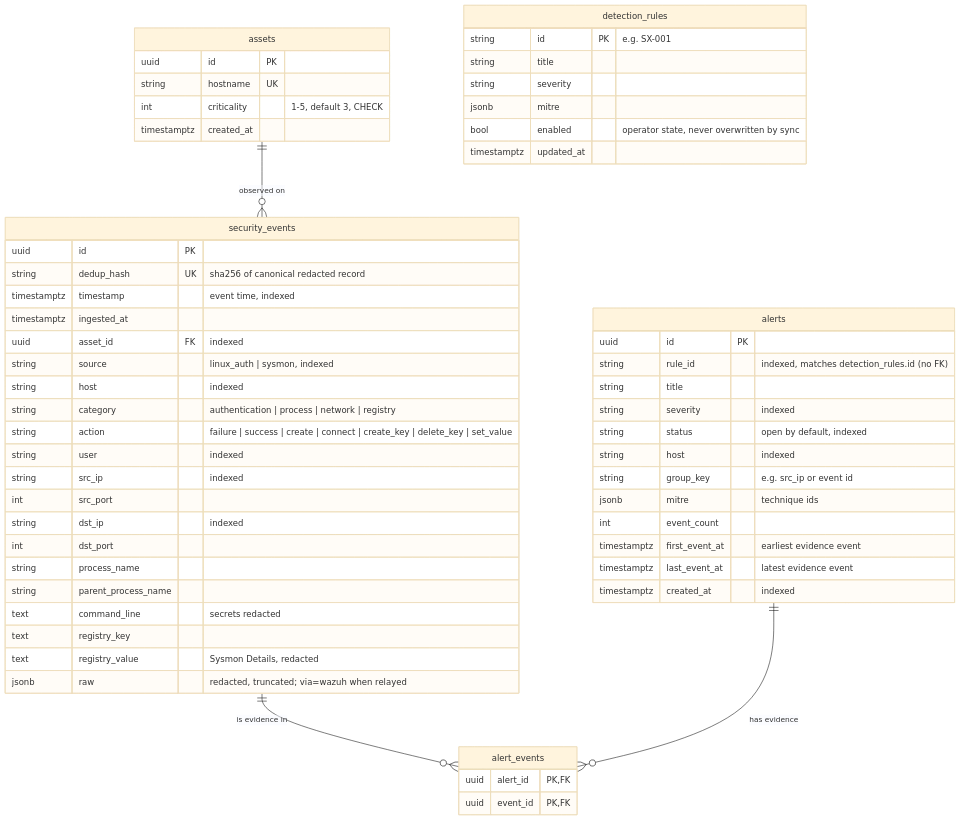
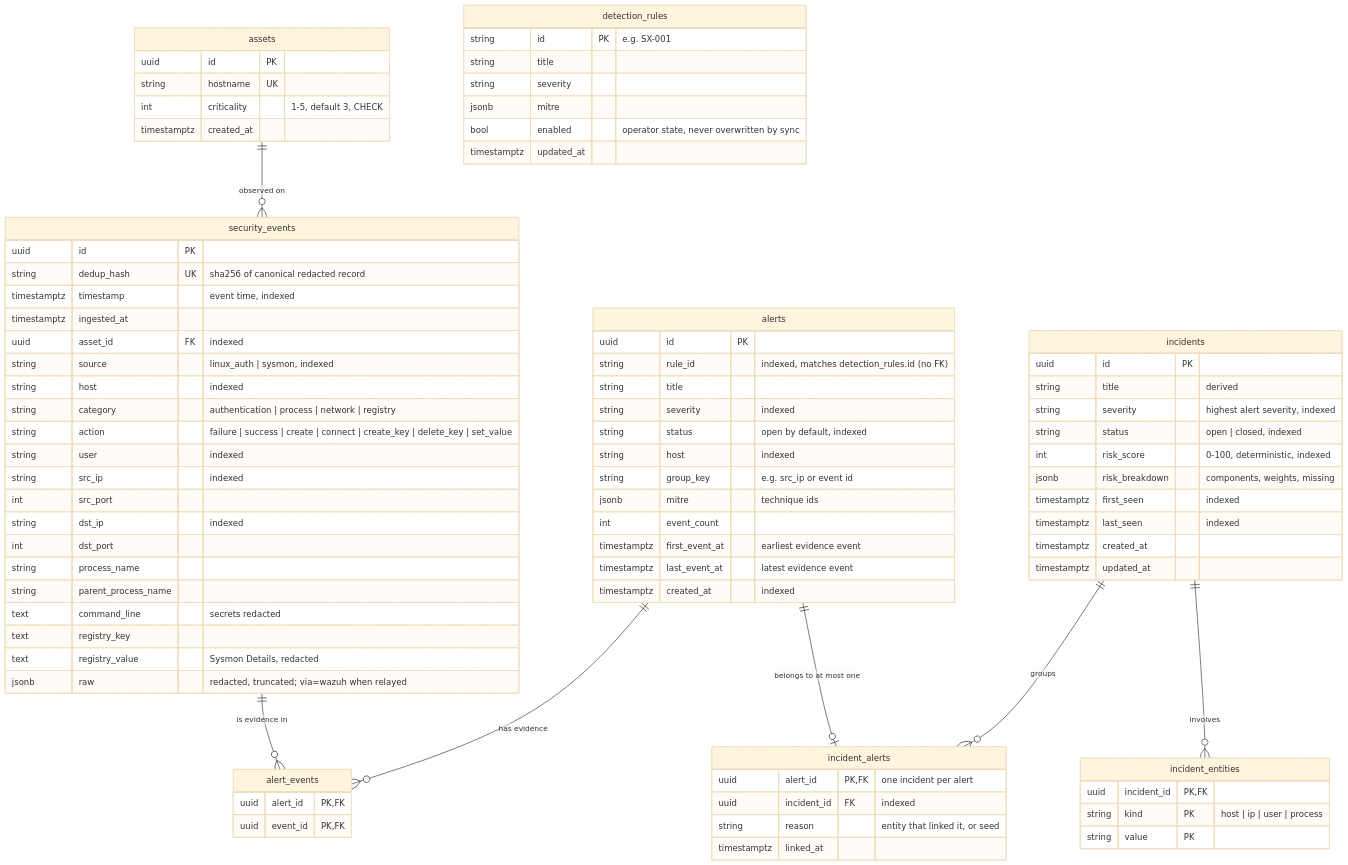
Before and after one commit to duynhat326/SentinelX-Hybrid-AI-powered-Security-Operations-Platform: the diagram in docs/database-schema.md, drawn with Mermaid (base theme). The commit also changed other lines of this file and 21 other files, not shown here.

First line of the commit message:
feat: correlate alerts into incidents with a deterministic 0-100 risk score

````diff
--- a/docs/database-schema.md
+++ b/docs/database-schema.md
@@ -7,6 +7,9 @@
     assets ||--o{ security_events : "observed on"
     security_events ||--o{ alert_events : "is evidence in"
     alerts ||--o{ alert_events : "has evidence"
+    incidents ||--o{ incident_alerts : "groups"
+    alerts ||--o| incident_alerts : "belongs to at most one"
+    incidents ||--o{ incident_entities : "involves"
 
     assets {
         uuid id PK
@@ -62,4 +65,27 @@
         uuid alert_id PK, FK
         uuid event_id PK, FK
     }
+    incidents {
+        uuid id PK
+        string title "derived"
+        string severity "highest alert severity, indexed"
+        string status "open | closed, indexed"
+        int risk_score "0-100, deterministic, indexed"
+        jsonb risk_breakdown "components, weights, missing"
+        timestamptz first_seen "indexed"
+        timestamptz last_seen "indexed"
+        timestamptz created_at
+        timestamptz updated_at
+    }
+    incident_alerts {
+        uuid alert_id PK, FK "one incident per alert"
+        uuid incident_id FK "indexed"
+        string reason "entity that linked it, or seed"
+        timestamptz linked_at
+    }
+    incident_entities {
+        uuid incident_id PK, FK
+        string kind PK "host | ip | user | process"
+        string value PK
+    }
 ```
````
